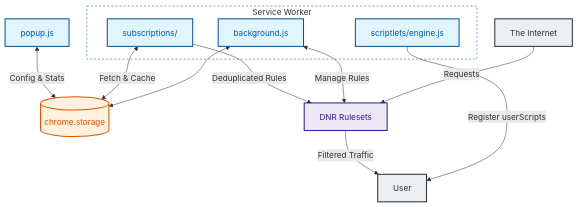
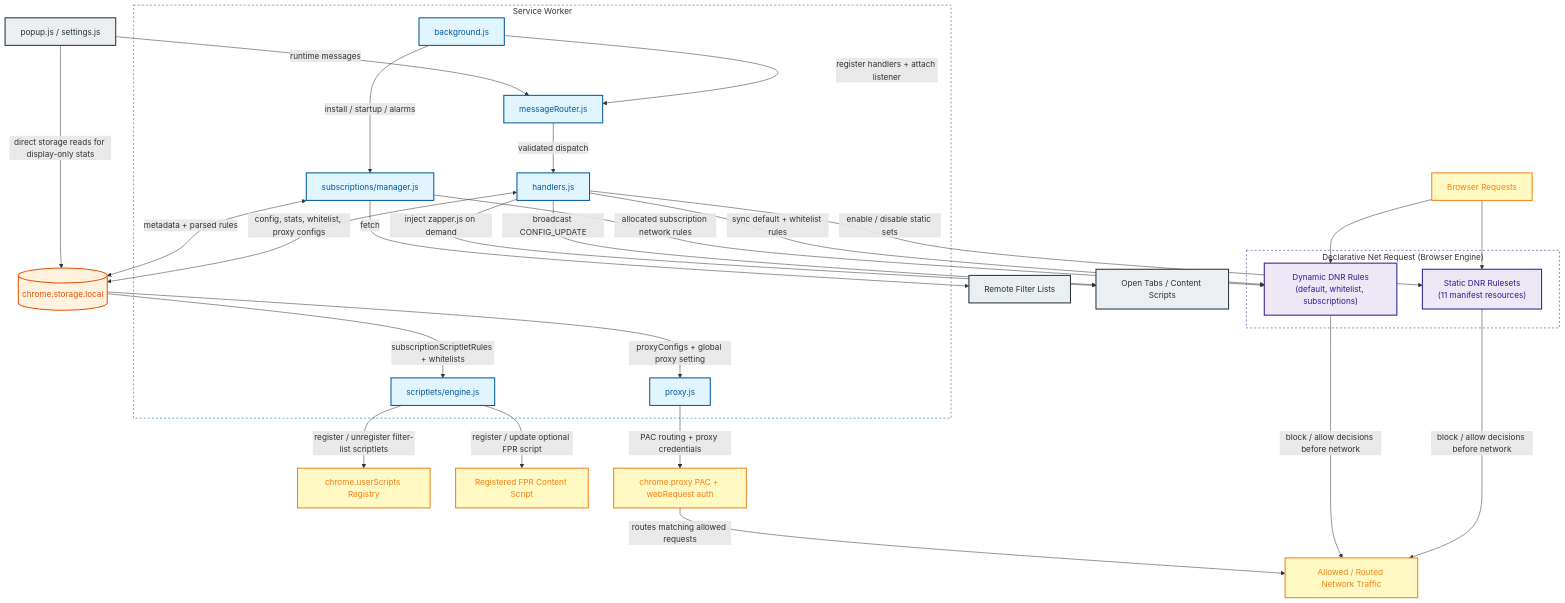
One commit to Dabrogost/Chroma-Ad-Blocker changed the second of 2 diagrams in README.md. Above: the diagram before and after it, drawn with Mermaid. The commit also changed other lines of this file, not shown here.

Commit message:
docs: update architecture diagrams to reflect current execution flow and service worker logic

````diff
--- a/README.md
+++ b/README.md
@@ -84,32 +101,65 @@
 ```mermaid
 graph TD
-    classDef sw      fill:#e1f5fe,color:#01579b,stroke:#01579b,stroke-width:2px
-    classDef storage fill:#fff3e0,color:#e65100,stroke:#e65100,stroke-width:2px
-    classDef dnr     fill:#ede7f6,color:#311b92,stroke:#311b92,stroke-width:2px
-    classDef actor   fill:#eceff1,color:#263238,stroke:#263238,stroke-width:2px
+    classDef sw       fill:#e1f5fe,color:#01579b,stroke:#01579b,stroke-width:2px
+    classDef storage  fill:#fff3e0,color:#e65100,stroke:#e65100,stroke-width:2px
+    classDef dnr      fill:#ede7f6,color:#311b92,stroke:#311b92,stroke-width:2px
+    classDef actor    fill:#eceff1,color:#263238,stroke:#263238,stroke-width:2px
+    classDef browser  fill:#fff9c4,color:#f57f17,stroke:#f57f17,stroke-width:2px
 
-    INTERNET["The Internet"]:::actor
+    REQUESTS["Browser Requests"]:::browser
+    ALLOWED["Allowed / Routed Network Traffic"]:::browser
+    FILTERS["Remote Filter Lists"]:::actor
+    UI["popup.js / settings.js"]:::actor
+    TABS["Open Tabs / Content Scripts"]:::actor
+    STORAGE[("chrome.storage.local")]:::storage
+    STATIC["Static DNR Rulesets<br/>(11 manifest resources)"]:::dnr
+    DYNAMIC["Dynamic DNR Rules<br/>(default, whitelist, subscriptions)"]:::dnr
+    USERSCRIPTS["chrome.userScripts Registry"]:::browser
+    FPR_REG["Registered FPR Content Script"]:::browser
+    PROXY_API["chrome.proxy PAC + webRequest auth"]:::browser
 
     subgraph SW["Service Worker"]
         BG["background.js"]:::sw
-        SUBS["subscriptions/"]:::sw
+        ROUTER["messageRouter.js"]:::sw
+        HANDLERS["handlers.js"]:::sw
+        SUBS["subscriptions/manager.js"]:::sw
         SCRPT["scriptlets/engine.js"]:::sw
+        PROXY["proxy.js"]:::sw
     end
 
-    POPUP["popup.js"]:::sw
-    STORAGE[("chrome.storage")]:::storage
-    DNR["DNR Rulesets"]:::dnr
-    USER["User"]:::actor
+    subgraph DNR_LAYER["Declarative Net Request (Browser Engine)"]
+        STATIC
+        DYNAMIC
+    end
 
-    INTERNET -->|"Requests"| DNR
-    BG <--> STORAGE
-    BG <-->|"Manage Rules"| DNR
-    SUBS -->|"Deduplicated Rules"| DNR
-    SUBS <-->|"Fetch & Cache"| STORAGE
-    SCRPT -->|"Register userScripts"| USER
-    POPUP <-->|"Config & Stats"| STORAGE
+    BG -->|"register handlers + attach listener"| ROUTER
+    ROUTER -->|"validated dispatch"| HANDLERS
+    UI -->|"runtime messages"| ROUTER
+    UI -->|"direct storage reads for display-only stats"| STORAGE
 
-    DNR -->|"Filtered Traffic"| USER
+    HANDLERS <-->|"config, stats, whitelist, proxy configs"| STORAGE
+    HANDLERS -->|"enable / disable static sets"| STATIC
+    HANDLERS -->|"sync default + whitelist rules"| DYNAMIC
+    HANDLERS -->|"broadcast CONFIG_UPDATE"| TABS
+    HANDLERS -->|"inject zapper.js on demand"| TABS
+
+    BG -->|"install / startup / alarms"| SUBS
+    SUBS -->|"fetch"| FILTERS
+    SUBS <-->|"metadata + parsed rules"| STORAGE
+    SUBS -->|"allocated subscription network rules"| DYNAMIC
+    STORAGE -->|"subscriptionScriptletRules + whitelists"| SCRPT
+    SCRPT -->|"register / unregister filter-list scriptlets"| USERSCRIPTS
+    SCRPT -->|"register / update optional FPR script"| FPR_REG
+
+    STORAGE -->|"proxyConfigs + global proxy setting"| PROXY
+    PROXY -->|"PAC routing + proxy credentials"| PROXY_API
+
+    REQUESTS --> STATIC
+    REQUESTS --> DYNAMIC
+    STATIC -->|"block / allow decisions before network"| ALLOWED
+    DYNAMIC -->|"block / allow decisions before network"| ALLOWED
+    PROXY_API -->|"routes matching allowed requests"| ALLOWED
 
     style SW fill:none,stroke:#01579b,stroke-width:1px,stroke-dasharray:4
+    style DNR_LAYER fill:none,stroke:#311b92,stroke-width:1px,stroke-dasharray:4
 ```
````
